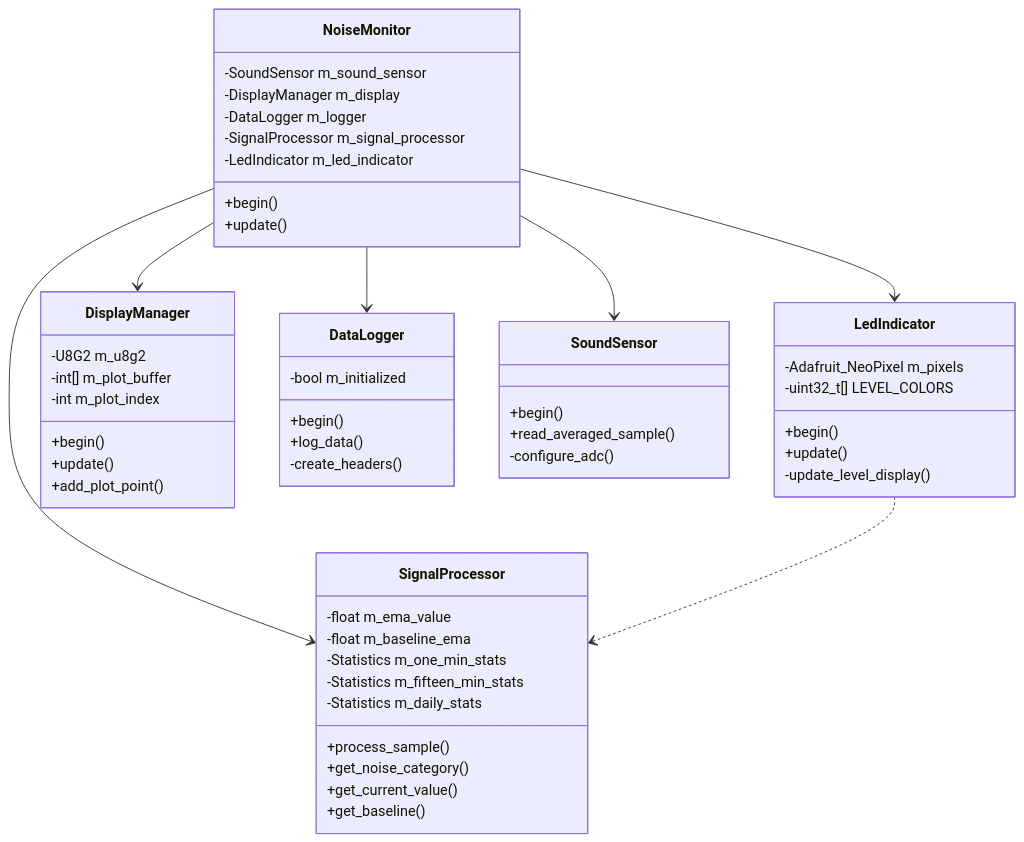
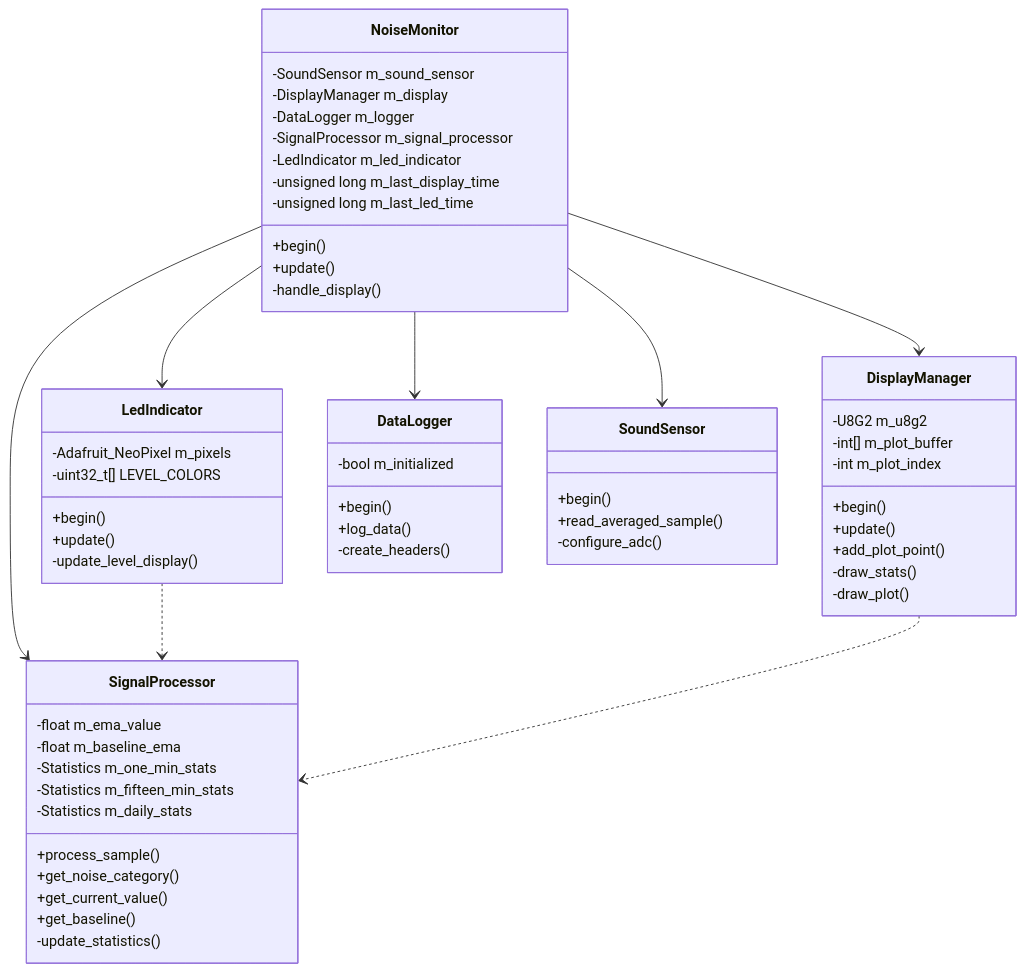
The diagram in doc/componentarch.md (coloboxp/LoudTruth), drawn with Mermaid before and after one commit. The commit also changed 8 other files, not shown here.

````diff
--- a/doc/componentarch.md
+++ b/doc/componentarch.md
@@ -3,61 +3,68 @@
 ```mermaid
 classDiagram
 class NoiseMonitor {
--SoundSensor m_sound_sensor
--DisplayManager m_display
--DataLogger m_logger
--SignalProcessor m_signal_processor
--LedIndicator m_led_indicator
-+begin()
-+update()
+    -SoundSensor m_sound_sensor
+    -DisplayManager m_display
+    -DataLogger m_logger
+    -SignalProcessor m_signal_processor
+    -LedIndicator m_led_indicator
+    -unsigned long m_last_display_time
+    -unsigned long m_last_led_time
+    +begin()
+    +update()
+    -handle_display()
 }
 
 class LedIndicator {
     -Adafruit_NeoPixel m_pixels
     -uint32_t[] LEVEL_COLORS
     +begin()
     +update()
     -update_level_display()
 }
 
-    class SignalProcessor {
-        -float m_ema_value
-        -float m_baseline_ema
-        -Statistics m_one_min_stats
-        -Statistics m_fifteen_min_stats
-        -Statistics m_daily_stats
-        +process_sample()
-        +get_noise_category()
-        +get_current_value()
-        +get_baseline()
-    }
+class SignalProcessor {
+    -float m_ema_value
+    -float m_baseline_ema
+    -Statistics m_one_min_stats
+    -Statistics m_fifteen_min_stats
+    -Statistics m_daily_stats
+    +process_sample()
+    +get_noise_category()
+    +get_current_value()
+    +get_baseline()
+    -update_statistics()
+}
 
-    class DisplayManager {
-        -U8G2 m_u8g2
-        -int[] m_plot_buffer
-        -int m_plot_index
-        +begin()
-        +update()
-        +add_plot_point()
-    }
+class DisplayManager {
+    -U8G2 m_u8g2
+    -int[] m_plot_buffer
+    -int m_plot_index
+    +begin()
+    +update()
+    +add_plot_point()
+    -draw_stats()
+    -draw_plot()
+}
 
-    class DataLogger {
-        -bool m_initialized
-        +begin()
-        +log_data()
-        -create_headers()
-    }
+class DataLogger {
+    -bool m_initialized
+    +begin()
+    +log_data()
+    -create_headers()
+}
 
-    class SoundSensor {
-        +begin()
-        +read_averaged_sample()
-        -configure_adc()
-    }
+class SoundSensor {
+    +begin()
+    +read_averaged_sample()
+    -configure_adc()
+}
 
-    NoiseMonitor --> SignalProcessor
-    NoiseMonitor --> DisplayManager
-    NoiseMonitor --> DataLogger
-    NoiseMonitor --> SoundSensor
-    NoiseMonitor --> LedIndicator
-    LedIndicator ..> SignalProcessor
+NoiseMonitor --> SignalProcessor
+NoiseMonitor --> DisplayManager
+NoiseMonitor --> DataLogger
+NoiseMonitor --> SoundSensor
+NoiseMonitor --> LedIndicator
+LedIndicator ..> SignalProcessor
+DisplayManager ..> SignalProcessor
 ```
````
